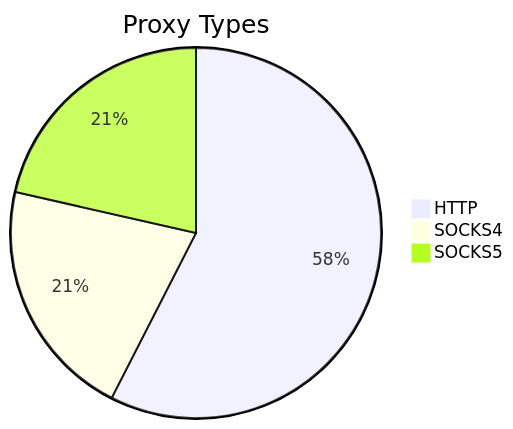
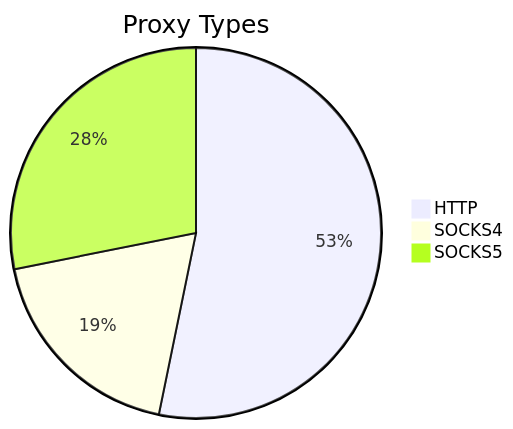
The first of 2 diagrams in README.md (stormsia/proxy-list), drawn with Mermaid before and after one commit. The commit also changed other lines of this file, not shown here.

````diff
--- a/README.md
+++ b/README.md
@@ -21,6 +21,6 @@
 ```mermaid
 pie title Proxy Types
-    "HTTP" : 566
-    "SOCKS4" : 207
-    "SOCKS5" : 211
+    "HTTP" : 331
+    "SOCKS4" : 116
+    "SOCKS5" : 175
 ```
````
